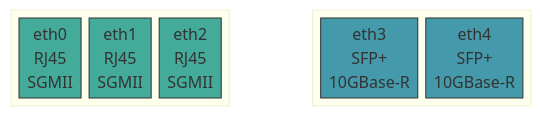
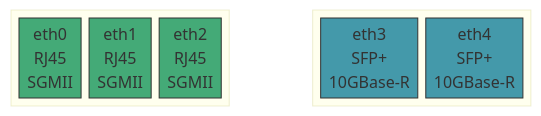
The fifth of 5 diagrams in HARDWARE.md (Daegara/vyos-ls1046a-build), drawn with Mermaid before and after one commit. The commit also changed other lines of this file, not shown here.

````diff
--- a/HARDWARE.md
+++ b/HARDWARE.md
@@ -186,22 +226,22 @@
 ```mermaid
 block-beta
   columns 7
   block:rj45:3
     columns 3
     eth0["eth0\nRJ45\nSGMII"]
     eth1["eth1\nRJ45\nSGMII"]
     eth2["eth2\nRJ45\nSGMII"]
   end
   space
   block:sfp:3
     columns 3
     eth3["eth3\nSFP+\n10GBase-R"]
     eth4["eth4\nSFP+\n10GBase-R"]
   end
 
-  style eth0 fill:#4a9,stroke:#333,color:#fff
-  style eth1 fill:#4a9,stroke:#333,color:#fff
-  style eth2 fill:#4a9,stroke:#333,color:#fff
+  style eth0 fill:#4a7,stroke:#333,color:#fff
+  style eth1 fill:#4a7,stroke:#333,color:#fff
+  style eth2 fill:#4a7,stroke:#333,color:#fff
   style eth3 fill:#49a,stroke:#333,color:#fff
   style eth4 fill:#49a,stroke:#333,color:#fff
 ```
````
